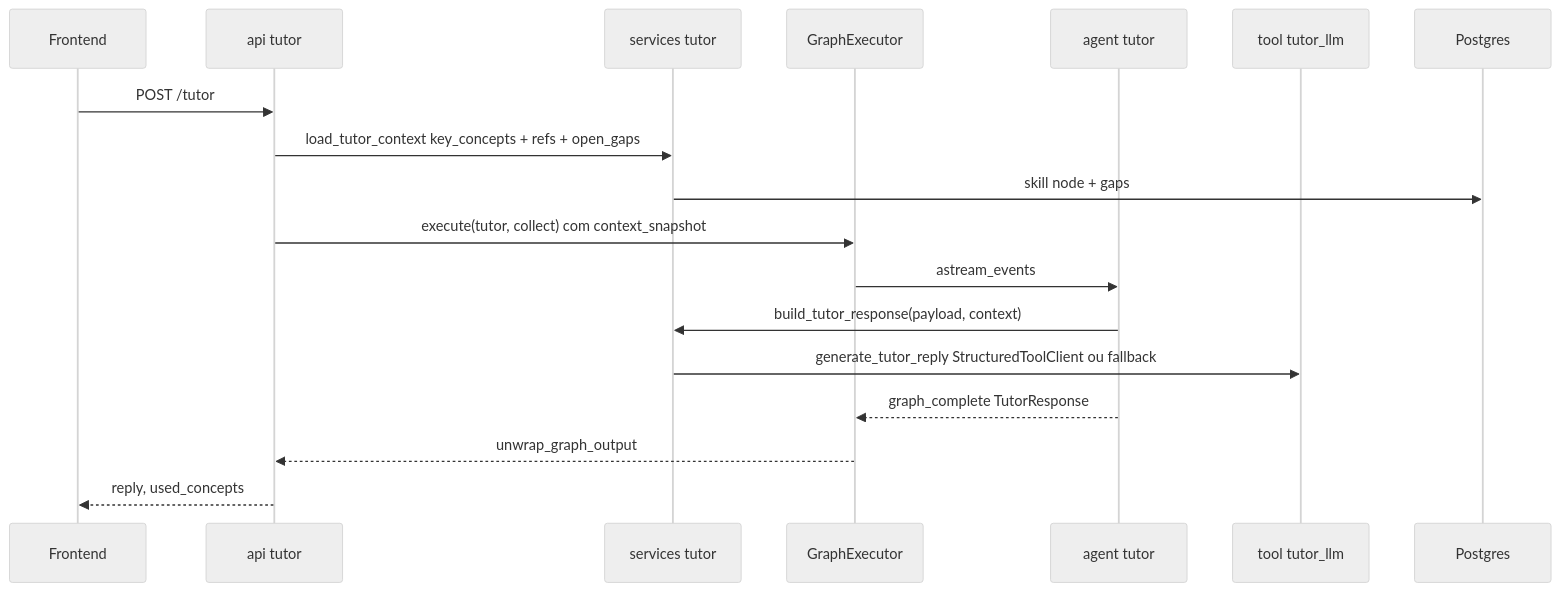
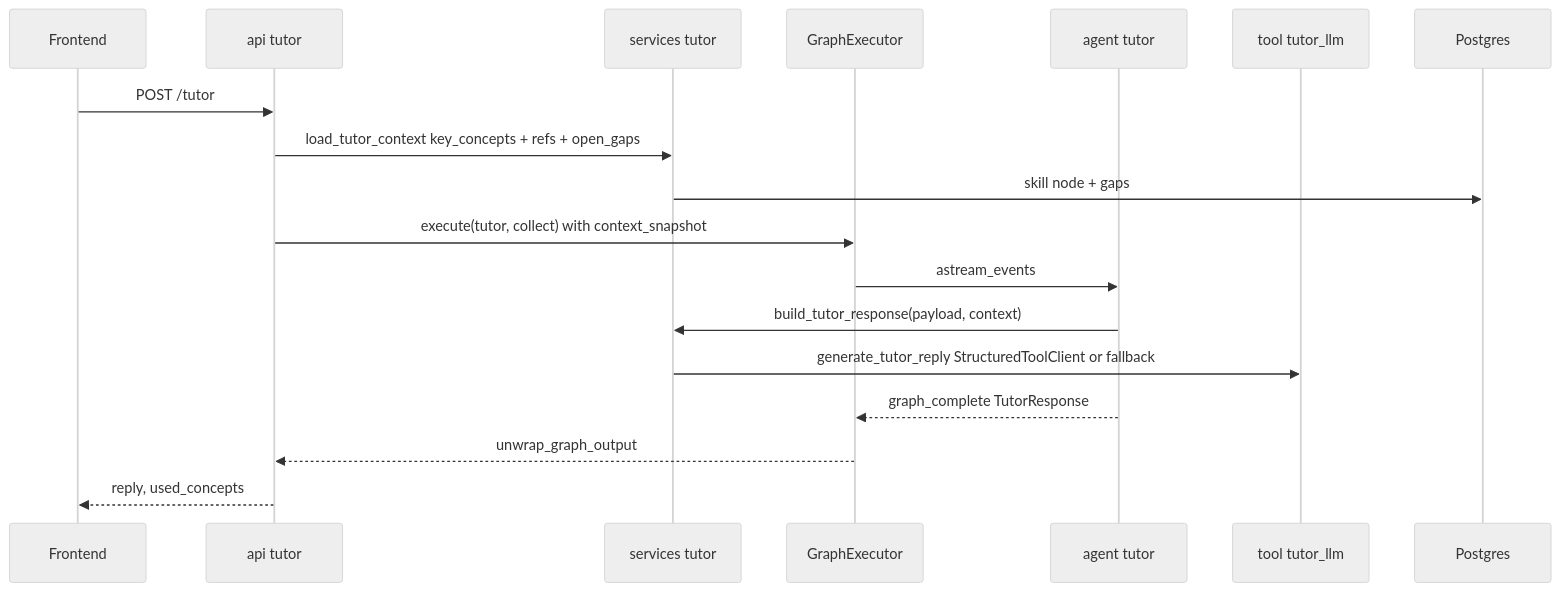
Before and after one commit to BorderlessCodingHub/career-forge-v2: the eighth of 9 diagrams in docs/ARCHITECTURE.md, drawn with Mermaid (neutral theme). The commit also changed other lines of this file and 24 other files, not shown here.

````diff
--- a/docs/ARCHITECTURE.md
+++ b/docs/ARCHITECTURE.md
@@ -395,21 +395,21 @@
 ```mermaid
 sequenceDiagram
   participant FE as Frontend
   participant R as api tutor
   participant ST as services tutor
   participant EX as GraphExecutor
   participant AG as agent tutor
   participant TL as tool tutor_llm
   participant DB as Postgres
 
   FE->>R: POST /tutor
   R->>ST: load_tutor_context key_concepts + refs + open_gaps
   ST->>DB: skill node + gaps
-  R->>EX: execute(tutor, collect) com context_snapshot
+  R->>EX: execute(tutor, collect) with context_snapshot
   EX->>AG: astream_events
   AG->>ST: build_tutor_response(payload, context)
-  ST->>TL: generate_tutor_reply StructuredToolClient ou fallback
+  ST->>TL: generate_tutor_reply StructuredToolClient or fallback
   AG-->>EX: graph_complete TutorResponse
   EX-->>R: unwrap_graph_output
   R-->>FE: reply, used_concepts
 ```
````
